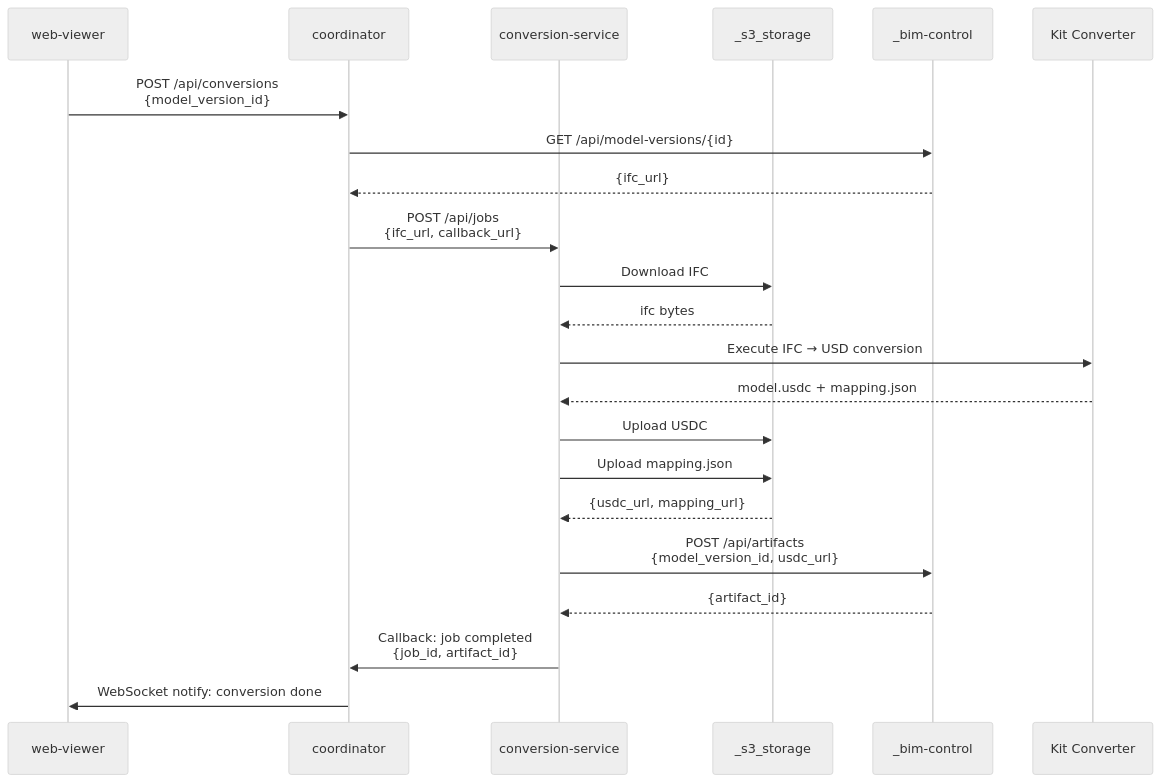
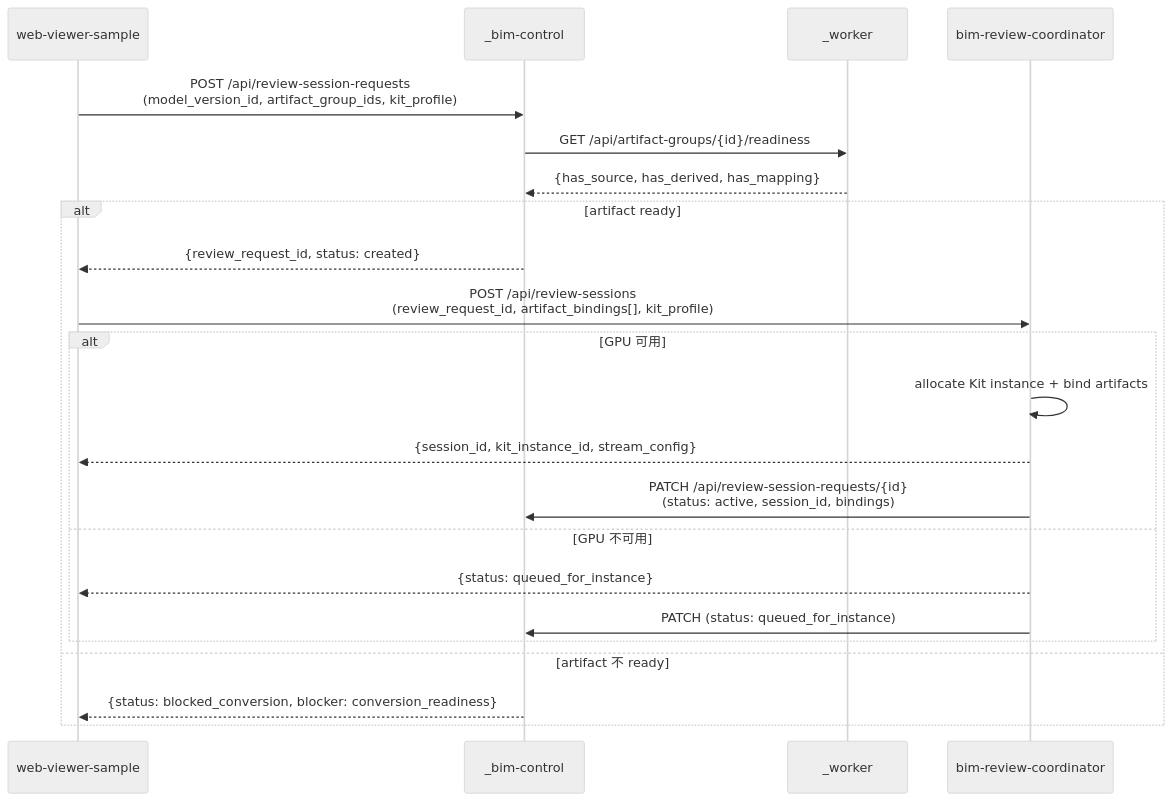
The fourth of 5 diagrams in docs/PROJECT_DEVELOPMENT_WORKFLOW.md (monkey1sai/AI-BIM-governance), drawn with Mermaid (neutral theme) before and after one commit. The commit also changed other lines of this file, not shown here.

First line of the commit message:
docs: 依新版架構圖 v2 重寫專案開發流程

````diff
--- a/docs/PROJECT_DEVELOPMENT_WORKFLOW.md
+++ b/docs/PROJECT_DEVELOPMENT_WORKFLOW.md
@@ -861,30 +473,25 @@
 ```mermaid
 sequenceDiagram
-    participant WV as web-viewer
-    participant CO as coordinator
-    participant CS as conversion-service
-    participant S3 as _s3_storage
+    participant WV as web-viewer-sample
     participant BC as _bim-control
-    participant KIT as Kit Converter
-    
-    WV->>CO: POST /api/conversions<br/>{model_version_id}
-    CO->>BC: GET /api/model-versions/{id}
-    BC-->>CO: {ifc_url}
-    
-    CO->>CS: POST /api/jobs<br/>{ifc_url, callback_url}
-    CS->>S3: Download IFC
-    S3-->>CS: ifc bytes
-    
-    CS->>KIT: Execute IFC → USD conversion
-    KIT-->>CS: model.usdc + mapping.json
-    
-    CS->>S3: Upload USDC
-    CS->>S3: Upload mapping.json
-    S3-->>CS: {usdc_url, mapping_url}
-    
-    CS->>BC: POST /api/artifacts<br/>{model_version_id, usdc_url}
-    BC-->>CS: {artifact_id}
-    
-    CS->>CO: Callback: job completed<br/>{job_id, artifact_id}
-    CO->>WV: WebSocket notify: conversion done
+    participant WK as _worker
+    participant CO as bim-review-coordinator
+
+    WV->>BC: POST /api/review-session-requests<br/>(model_version_id, artifact_group_ids, kit_profile)
+    BC->>WK: GET /api/artifact-groups/{id}/readiness
+    WK-->>BC: {has_source, has_derived, has_mapping}
+    alt artifact ready
+        BC-->>WV: {review_request_id, status: created}
+        WV->>CO: POST /api/review-sessions<br/>(review_request_id, artifact_bindings[], kit_profile)
+        alt GPU 可用
+            CO->>CO: allocate Kit instance + bind artifacts
+            CO-->>WV: {session_id, kit_instance_id, stream_config}
+            CO->>BC: PATCH /api/review-session-requests/{id}<br/>(status: active, session_id, bindings)
+        else GPU 不可用
+            CO-->>WV: {status: queued_for_instance}
+            CO->>BC: PATCH (status: queued_for_instance)
+        end
+    else artifact 不 ready
+        BC-->>WV: {status: blocked_conversion, blocker: conversion_readiness}
+    end
 ```
````
